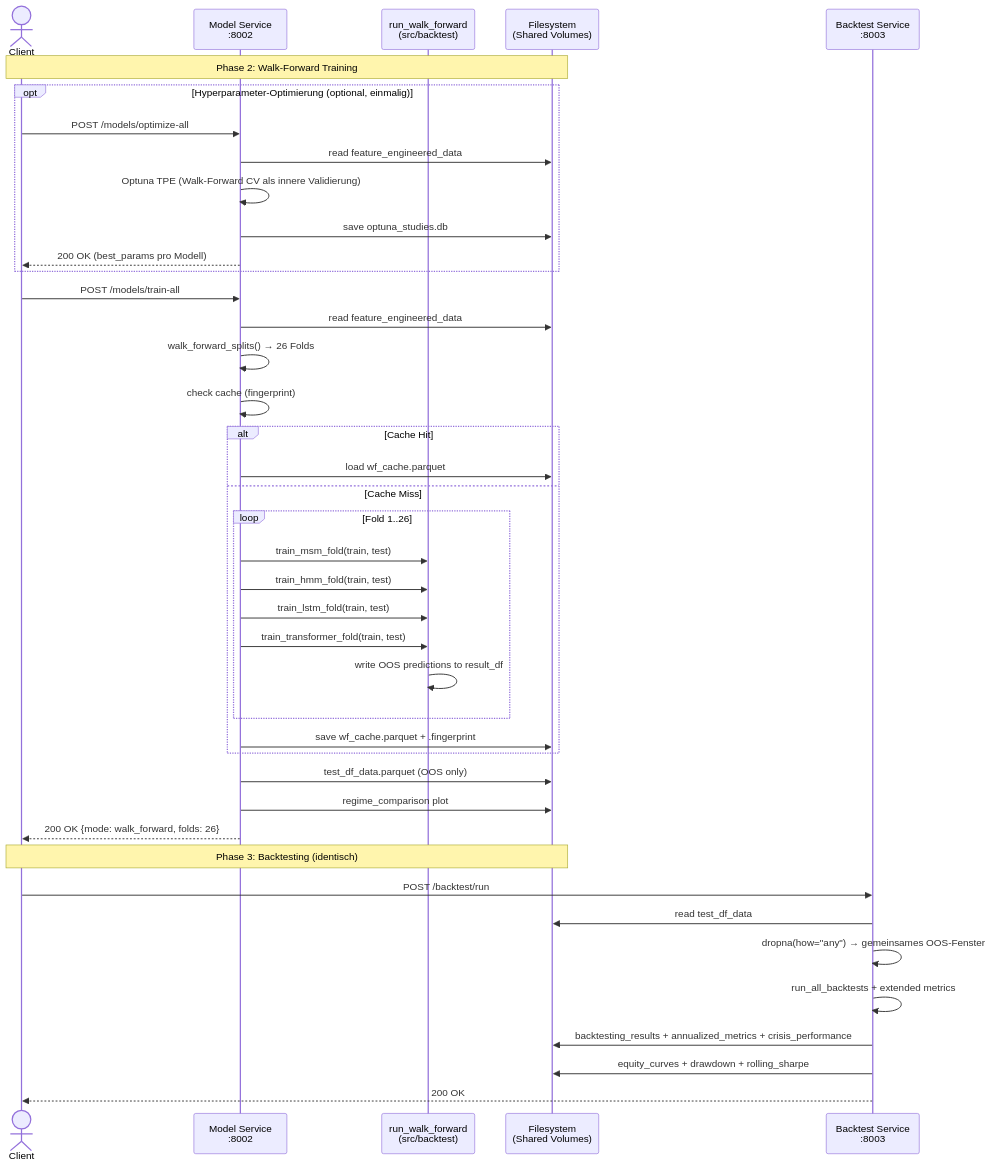
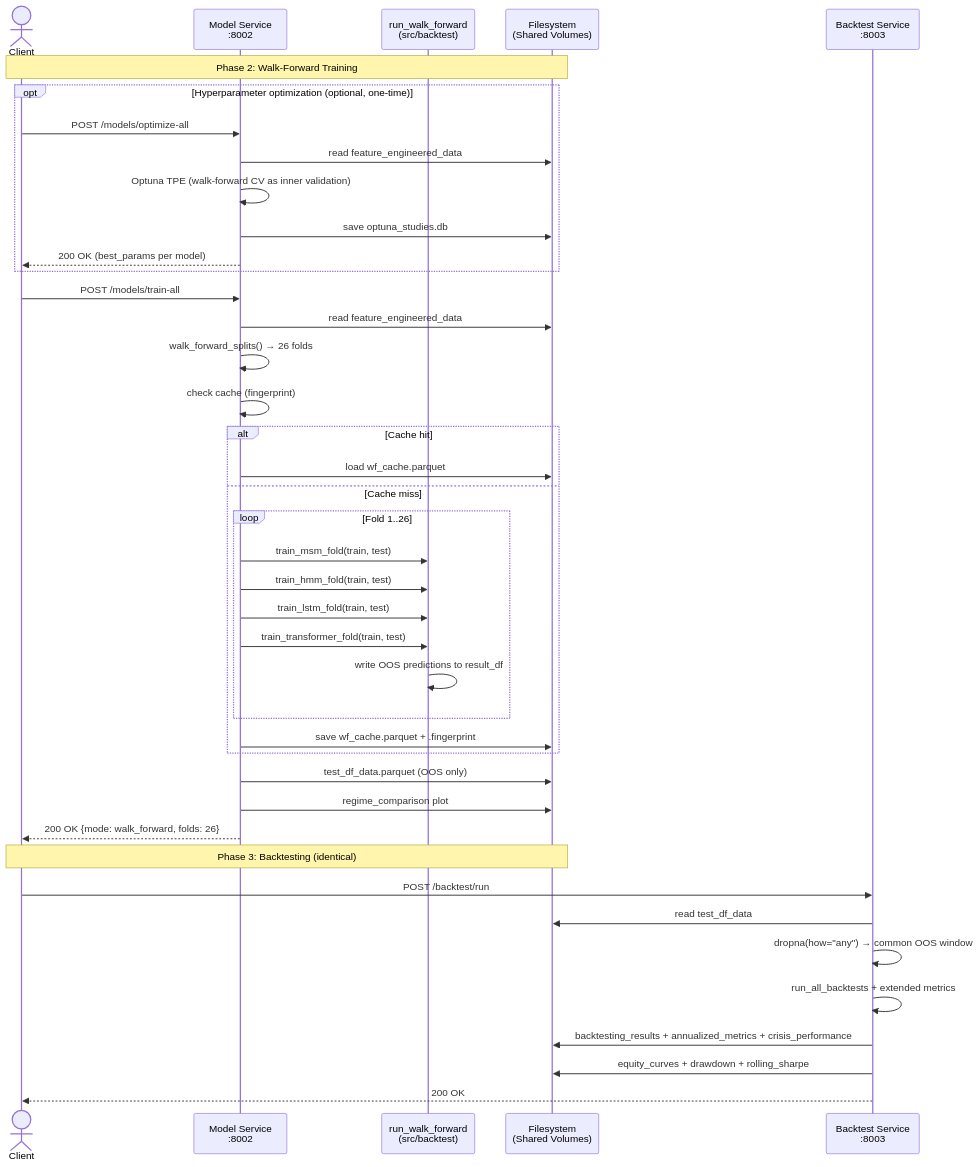
The second of 3 diagrams in docs/microservice-sequence-diagram.md (Torim98/regime-switching-daa-paper), drawn with Mermaid before and after one commit. The commit also changed other lines of this file and 7 other files, not shown here.

````diff
--- a/docs/microservice-sequence-diagram.md
+++ b/docs/microservice-sequence-diagram.md
@@ -83,45 +83,45 @@
 ```mermaid
 sequenceDiagram
     actor Client
     participant MS as Model Service<br/>:8002
     participant WF as run_walk_forward<br/>(src/backtest)
     participant FS as Filesystem<br/>(Shared Volumes)
     participant BS as Backtest Service<br/>:8003
 
     Note over Client,FS: Phase 2: Walk-Forward Training
-	opt Hyperparameter-Optimierung (optional, einmalig)
+	opt Hyperparameter optimization (optional, one-time)
         Client->>MS: POST /models/optimize-all
         MS->>FS: read feature_engineered_data
-        MS->>MS: Optuna TPE (Walk-Forward CV als innere Validierung)
+        MS->>MS: Optuna TPE (walk-forward CV as inner validation)
         MS->>FS: save optuna_studies.db
-        MS-->>Client: 200 OK (best_params pro Modell)
+        MS-->>Client: 200 OK (best_params per model)
     end
     Client->>MS: POST /models/train-all
     MS->>FS: read feature_engineered_data
-    MS->>MS: walk_forward_splits() → 26 Folds
+    MS->>MS: walk_forward_splits() → 26 folds
     MS->>MS: check cache (fingerprint)
-    alt Cache Hit
+    alt Cache hit
         MS->>FS: load wf_cache.parquet
-    else Cache Miss
+    else Cache miss
         loop Fold 1..26
             MS->>WF: train_msm_fold(train, test)
             MS->>WF: train_hmm_fold(train, test)
             MS->>WF: train_lstm_fold(train, test)
             MS->>WF: train_transformer_fold(train, test)
             WF->>WF: write OOS predictions to result_df
         end
         MS->>FS: save wf_cache.parquet + .fingerprint
     end
     MS->>FS: test_df_data.parquet (OOS only)
     MS->>FS: regime_comparison plot
     MS-->>Client: 200 OK {mode: walk_forward, folds: 26}
 
-    Note over Client,FS: Phase 3: Backtesting (identisch)
+    Note over Client,FS: Phase 3: Backtesting (identical)
     Client->>BS: POST /backtest/run
     BS->>FS: read test_df_data
-    BS->>BS: dropna(how="any") → gemeinsames OOS-Fenster
+    BS->>BS: dropna(how="any") → common OOS window
     BS->>BS: run_all_backtests + extended metrics
     BS->>FS: backtesting_results + annualized_metrics + crisis_performance
     BS->>FS: equity_curves + drawdown + rolling_sharpe
     BS-->>Client: 200 OK
 ```
````
